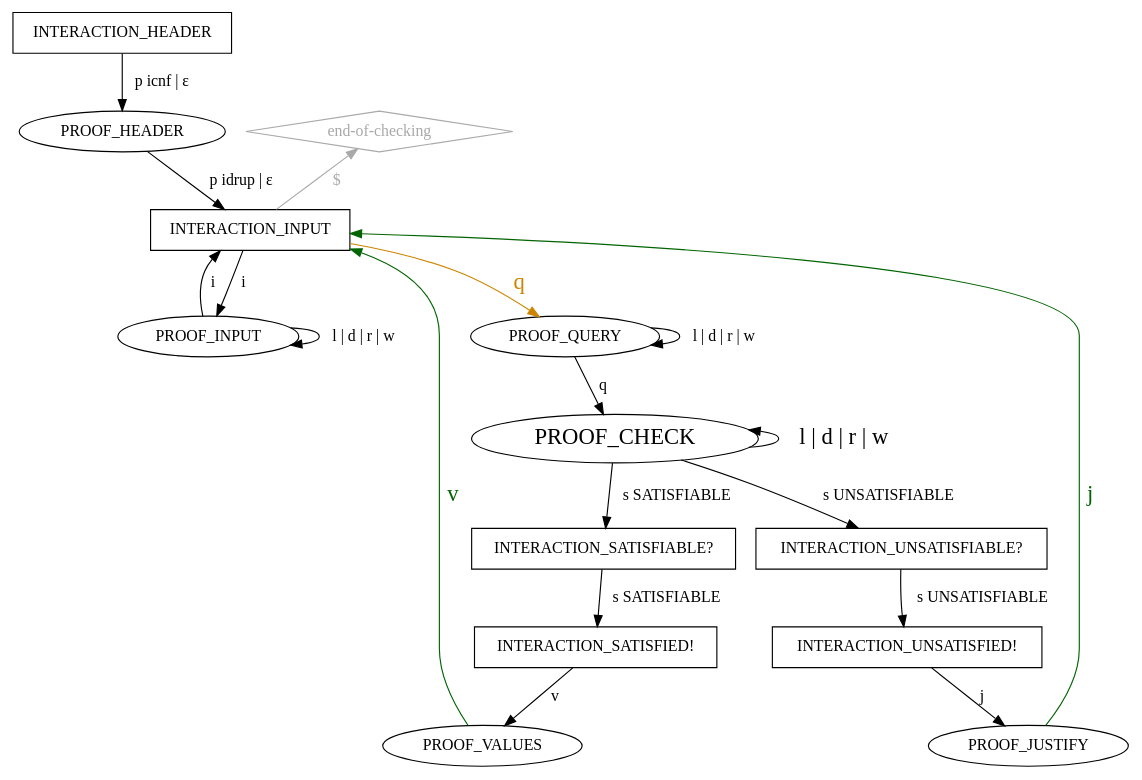
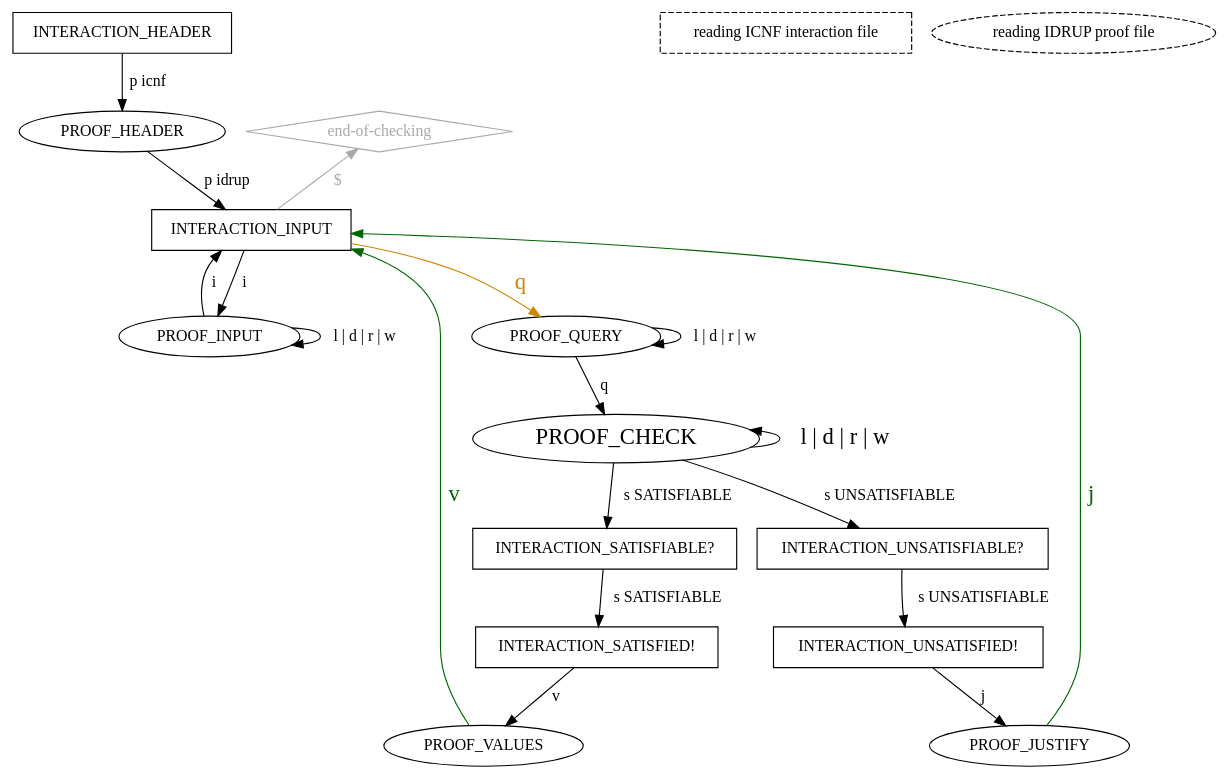
Before and after one commit to arminbiere/lidrup-check: the diagram in idrup-check-pedantic-clear.dot, drawn with Graphviz. The commit also changed 1 other file, not shown here.

Commit message:
added legend

```diff
--- a/idrup-check-pedantic-clear.dot
+++ b/idrup-check-pedantic-clear.dot
@@ -1,40 +1,45 @@
 digraph "idrup-check" {
 
   INTERACTION_HEADER [shape=box];
-  INTERACTION_HEADER -> PROOF_HEADER [label=" p icnf | ε ",weight=2];
+  INTERACTION_HEADER -> PROOF_HEADER [label=" p icnf",weight=2];
+
+  empty_legend1 [style=invis]
+  empty_legend2 [style=invis]
+  icnf_legend [shape=box,style=dashed,label="reading ICNF interaction file"]
+  idrup_legend [style=dashed,label="reading IDRUP proof file"]
 
   "end-of-checking" [shape=diamond,color=darkgray,fontcolor=darkgray];
    "end-of-checking" -> INTERACTION_INPUT [label="  $    ",dir=back,fontcolor=darkgray,color=darkgray];
 
-  PROOF_HEADER -> INTERACTION_INPUT [label=" p idrup | ε "]
+  PROOF_HEADER -> INTERACTION_INPUT [label=" p idrup"]
 
   INTERACTION_INPUT [shape=box];
   INTERACTION_INPUT -> PROOF_INPUT [label=" i ",weight=2];
   INTERACTION_INPUT -> PROOF_QUERY [label=" q ",weight=2,color=orange3,fontsize=20,fontcolor=orange3];
 
   PROOF_INPUT -> INTERACTION_INPUT [label=" i ",weight=3];
   PROOF_INPUT -> PROOF_INPUT [label=" l | d | r | w"];
 
   PROOF_QUERY -> PROOF_CHECK [label=" q "];
   PROOF_QUERY -> PROOF_QUERY [label=" l | d | r | w"];
 
   PROOF_CHECK [fontsize=20];
   PROOF_CHECK -> PROOF_CHECK [label=" l | d | r | w ",dir=back,fontsize=20];
   PROOF_CHECK -> INTERACTION_SATISFIABLE [label=" s SATISFIABLE "];
   PROOF_CHECK -> INTERACTION_UNSATISFIABLE [label=" s UNSATISFIABLE "];
 
   INTERACTION_UNSATISFIABLE [shape="box",label="INTERACTION_UNSATISFIABLE?"];
   INTERACTION_UNSATISFIABLE -> INTERACTION_UNSATISFIED [label=" s UNSATISFIABLE "];
 
   INTERACTION_SATISFIABLE [shape="box",label="INTERACTION_SATISFIABLE?"];
   INTERACTION_SATISFIABLE -> INTERACTION_SATISFIED [label=" s SATISFIABLE "];
 
   INTERACTION_SATISFIED [shape=box,label="INTERACTION_SATISFIED!"];
   INTERACTION_SATISFIED -> PROOF_VALUES [label=" v "];
 
   INTERACTION_UNSATISFIED [shape=box,label="INTERACTION_UNSATISFIED!"];
   INTERACTION_UNSATISFIED -> PROOF_JUSTIFY [label=" j "];
 
   PROOF_VALUES -> INTERACTION_INPUT [label=" v ",color=darkgreen,fontsize=20,fontcolor=darkgreen];
   PROOF_JUSTIFY -> INTERACTION_INPUT [label=" j ",color=darkgreen,fontsize=20,fontcolor=darkgreen];
 }
```
